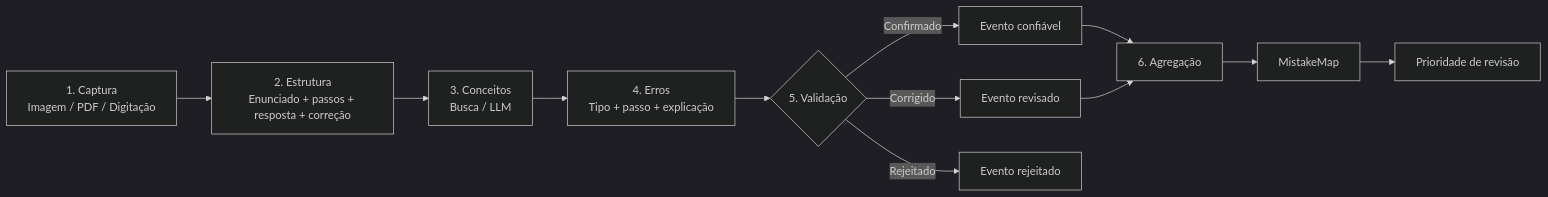
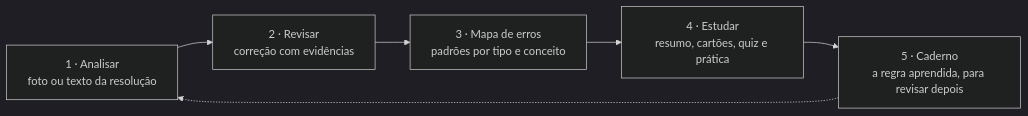
Before and after one commit to CFSJCODE/MistakeMap: the first of 4 diagrams in .github/README.md, drawn with Mermaid (dark theme). The commit also changed other lines of this file, not shown here.

First line of the commit message:
docs(readme): reescreve o README com apresentação comercial e técnica

````diff
--- a/.github/README.md
+++ b/.github/README.md
@@ -599,14 +82,8 @@
 ```mermaid
 flowchart LR
-    A["1. Captura<br/>Imagem / PDF / Digitação"] --> B["2. Estrutura<br/>Enunciado + passos + resposta + correção"]
-    B --> C["3. Conceitos<br/>Busca / LLM"]
-    C --> D["4. Erros<br/>Tipo + passo + explicação"]
-    D --> E{"5. Validação"}
-    E -->|Confirmado| F["Evento confiável"]
-    E -->|Corrigido| G["Evento revisado"]
-    E -->|Rejeitado| H["Evento rejeitado"]
-    F --> I["6. Agregação"]
-    G --> I
-    I --> J["MistakeMap"]
-    J --> K["Prioridade de revisão"]
+    A["1 · Analisar<br/>foto ou texto da resolução"] --> B["2 · Revisar<br/>correção com evidências"]
+    B --> C["3 · Mapa de erros<br/>padrões por tipo e conceito"]
+    C --> D["4 · Estudar<br/>resumo, cartões, quiz e prática"]
+    D --> E["5 · Caderno<br/>a regra aprendida, para revisar depois"]
+    E -.-> A
 ```
````
